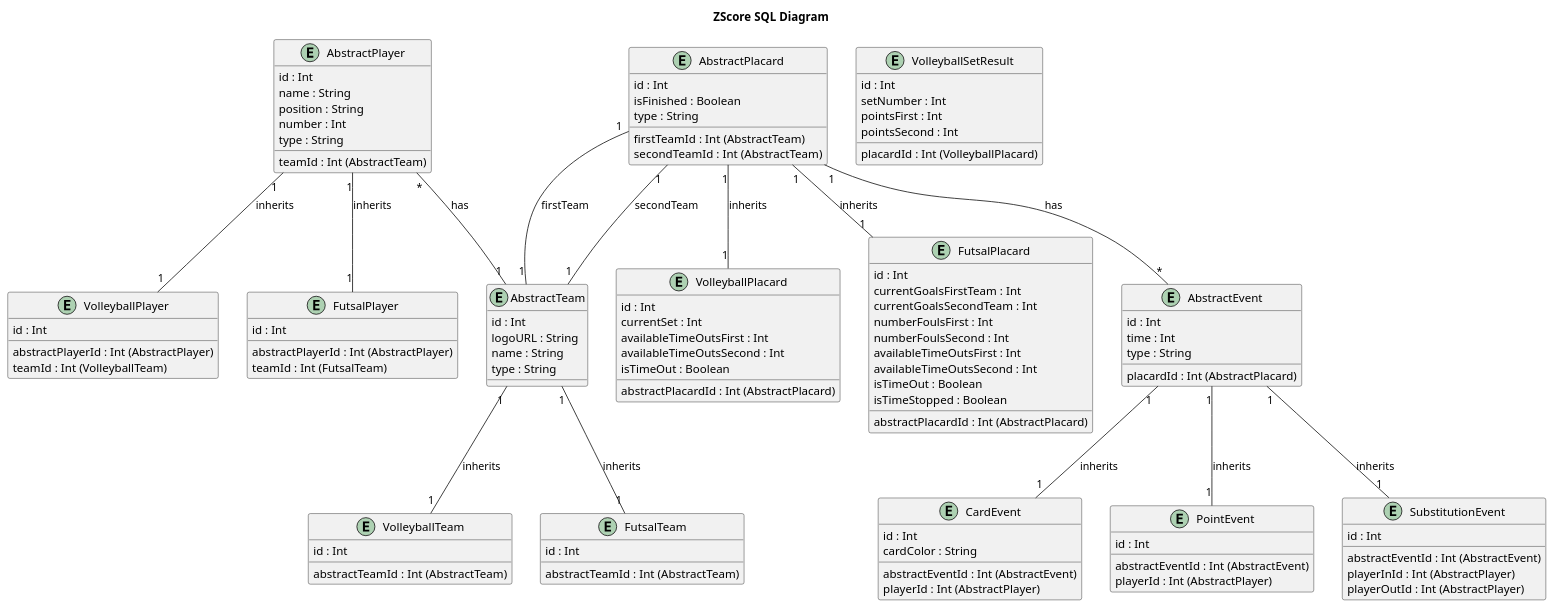
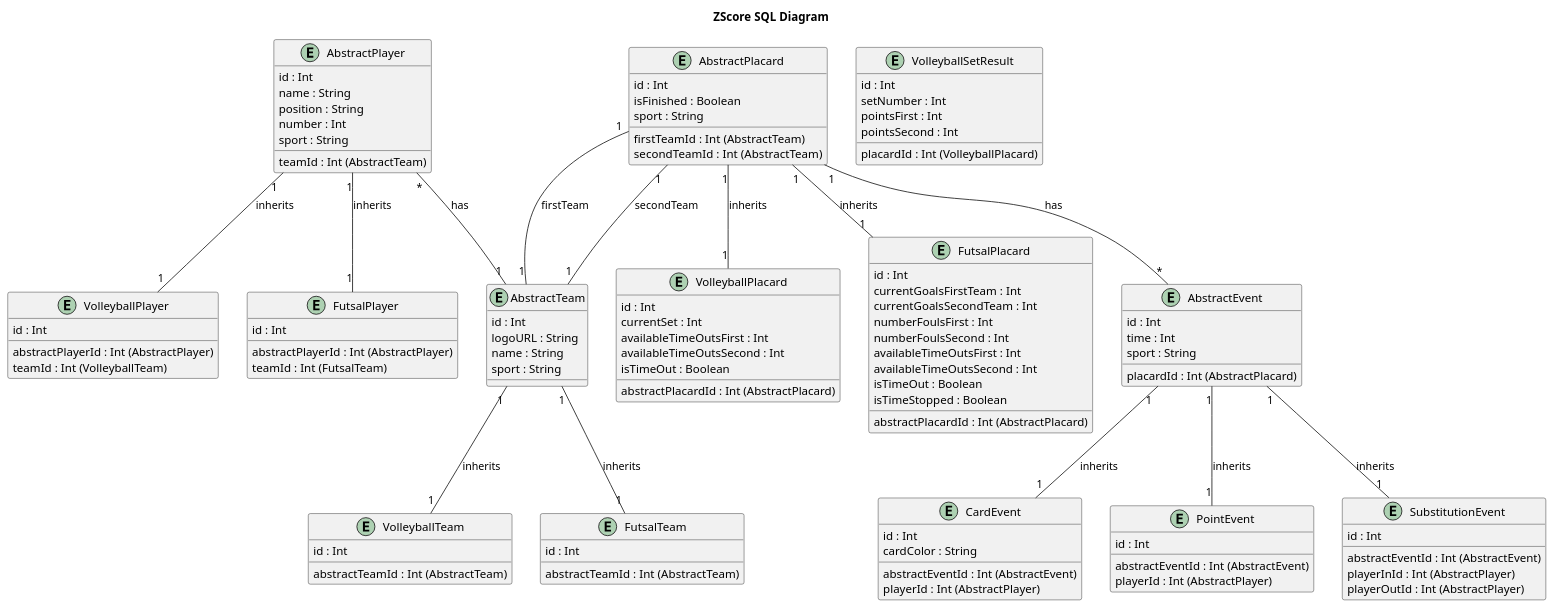
One commit to limapedro12/LGP_ZScore_ZeroZero changed the diagram in docs/Classes_and_Tables/sql_diagram.puml. Above: the diagram before and after it, drawn with PlantUML. The commit also changed 13 other files, not shown here.

Commit message:
Change type to sport and change type of time to TIME

```diff
--- a/docs/Classes_and_Tables/sql_diagram.puml
+++ b/docs/Classes_and_Tables/sql_diagram.puml
@@ -1,125 +1,125 @@
 @startuml
 title ZScore SQL Diagram
 
 entity AbstractPlacard {
     id : Int
     firstTeamId : Int (AbstractTeam)
     secondTeamId : Int (AbstractTeam)
     isFinished : Boolean
-    type : String
+    sport : String
 }
 
 entity VolleyballPlacard {
     id : Int
     abstractPlacardId : Int (AbstractPlacard)
     currentSet : Int
     availableTimeOutsFirst : Int
     availableTimeOutsSecond : Int
     isTimeOut : Boolean
 }
 
 entity VolleyballSetResult {
     id : Int
     placardId : Int (VolleyballPlacard)
     setNumber : Int
     pointsFirst : Int
     pointsSecond : Int
 }
 
 entity FutsalPlacard {
     id : Int
     abstractPlacardId : Int (AbstractPlacard)
     currentGoalsFirstTeam : Int
     currentGoalsSecondTeam : Int
     numberFoulsFirst : Int
     numberFoulsSecond : Int
     availableTimeOutsFirst : Int
     availableTimeOutsSecond : Int
     isTimeOut : Boolean
     isTimeStopped : Boolean
 }
 
 entity AbstractTeam {
     id : Int
     logoURL : String
     name : String
-    type : String
+    sport : String
 }
 
 entity VolleyballTeam {
     id : Int
     abstractTeamId : Int (AbstractTeam)
 }
 
 entity FutsalTeam {
     id : Int
     abstractTeamId : Int (AbstractTeam)
 }
 
 entity AbstractPlayer {
     id : Int
     name : String
     position : String
     number : Int
     teamId : Int (AbstractTeam)
-    type : String
+    sport : String
 }
 
 entity VolleyballPlayer {
     id : Int
     abstractPlayerId : Int (AbstractPlayer)
     teamId : Int (VolleyballTeam)
 }
 
 entity FutsalPlayer {
     id : Int
     abstractPlayerId : Int (AbstractPlayer)
     teamId : Int (FutsalTeam)
 }
 
 entity AbstractEvent {
     id : Int
     time : Int
-    type : String
+    sport : String
     placardId : Int (AbstractPlacard)
 }
 
 entity CardEvent {
     id : Int
     abstractEventId : Int (AbstractEvent)
     playerId : Int (AbstractPlayer)
     cardColor : String
 }
 
 entity PointEvent {
     id : Int
     abstractEventId : Int (AbstractEvent)
     playerId : Int (AbstractPlayer)
 }
 
 entity SubstitutionEvent {
     id : Int
     abstractEventId : Int (AbstractEvent)
     playerInId : Int (AbstractPlayer)
     playerOutId : Int (AbstractPlayer)
 }
 
 AbstractPlacard "1"--"*" AbstractEvent : "has"
 AbstractPlacard "1"--"1" AbstractTeam : "firstTeam"
 AbstractPlacard "1"--"1" AbstractTeam : "secondTeam"
 
 VolleyballPlacard "1"-up-"1" AbstractPlacard : "inherits"
 FutsalPlacard "1"-up-"1" AbstractPlacard : "inherits"
 
 AbstractTeam "1"-up-"*" AbstractPlayer : "has"
 VolleyballTeam "1"-up-"1" AbstractTeam : "inherits"
 FutsalTeam "1"-up-"1" AbstractTeam : "inherits"
 
 VolleyballPlayer "1"-up-"1" AbstractPlayer : "inherits"
 FutsalPlayer "1"-up-"1" AbstractPlayer : "inherits"
 
 AbstractEvent "1"-down-"1" CardEvent : "inherits"
 AbstractEvent "1"-down-"1" PointEvent : "inherits"
 AbstractEvent "1"-down-"1" SubstitutionEvent : "inherits"
 
 @enduml
```
